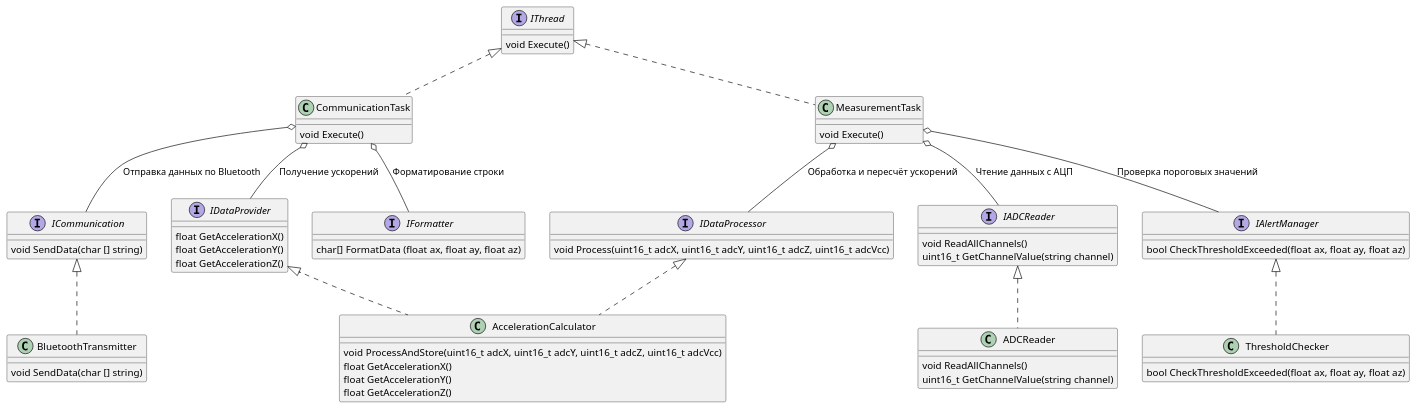
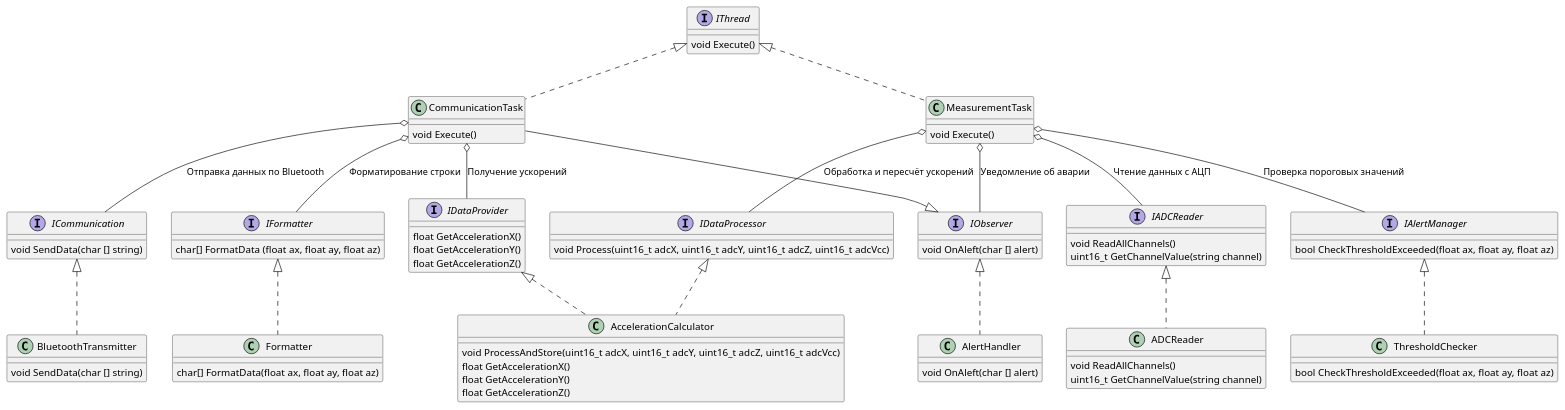
One commit to Mashalets/Kursovoi changed the diagram in Kursovoi.adoc. Above: the diagram before and after it, drawn with PlantUML. The commit also changed other lines of this file, not shown here.

```diff
--- a/Kursovoi.adoc
+++ b/Kursovoi.adoc
@@ -835,6 +835,11 @@
   bool CheckThresholdExceeded(float ax, float ay, float az)
 }
 
+interface IObserver
+{
+ void OnAleft(char [] alert)
+}
+
 class ADCReader implements IADCReader 
 {
   void ReadAllChannels()
@@ -869,17 +874,29 @@
   void Execute()
 }
 
+class Formatter implements IFormatter {
+  char[] FormatData(float ax, float ay, float az)
+} 
+
 interface IFormatter
 {
   char[] FormatData (float ax, float ay, float az)
 }
 
+class AlertHandler implements IObserver {
+  void OnAleft(char [] alert)
+}
+
 MeasurementTask o-- IADCReader : "Чтение данных с АЦП"
 MeasurementTask o-- IDataProcessor : "Обработка и пересчёт ускорений"
 MeasurementTask o-- IAlertManager : "Проверка пороговых значений"
+MeasurementTask o-- IObserver : "Уведомление об аварии"
+
 CommunicationTask o-- ICommunication : "Отправка данных по Bluetooth"
 CommunicationTask o-- IFormatter : "Форматирование строки"
 IDataProvider -up-o CommunicationTask : "Получение ускорений"
 
+CommunicationTask --|> IObserver
+
 @enduml
 ----
```
